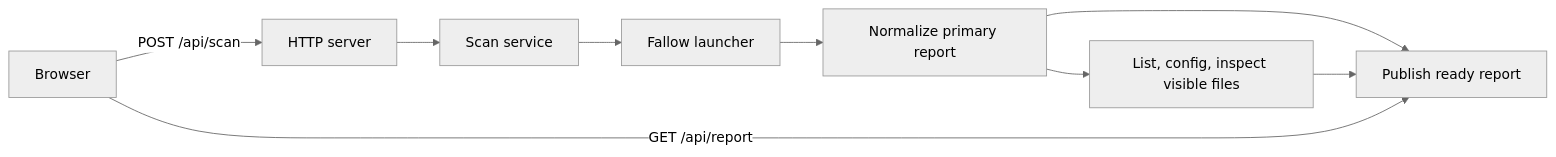
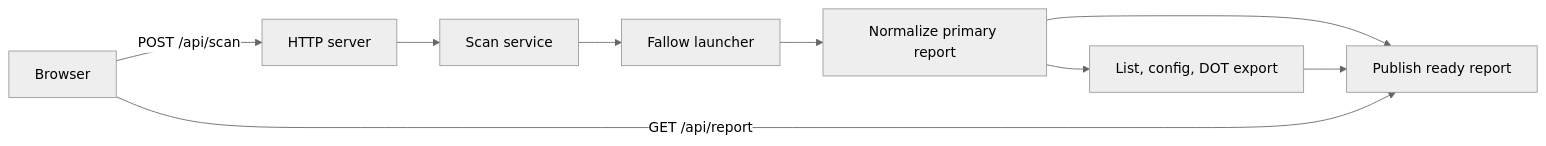
One commit to idesiatkova/code-shame changed the diagram in ARCHITECTURE.md. Above: the diagram before and after it, drawn with Mermaid (neutral theme). The commit also changed other lines of this file and 9 other files, not shown here.

Commit message:
feat: extract full dependency graph from DOT

````diff
--- a/ARCHITECTURE.md
+++ b/ARCHITECTURE.md
@@ -48,11 +48,11 @@
 ```mermaid
 flowchart LR
     Browser -->|POST /api/scan| HTTP[HTTP server]
     HTTP --> Scan[Scan service]
     Scan --> Client[Fallow launcher]
     Client --> Primary[Normalize primary report]
     Primary --> Snapshot[Publish ready report]
-    Primary --> Graph[List, config, inspect visible files]
+    Primary --> Graph[List, config, DOT export]
     Graph --> Snapshot
     Browser -->|GET /api/report| Snapshot
 ```
````
